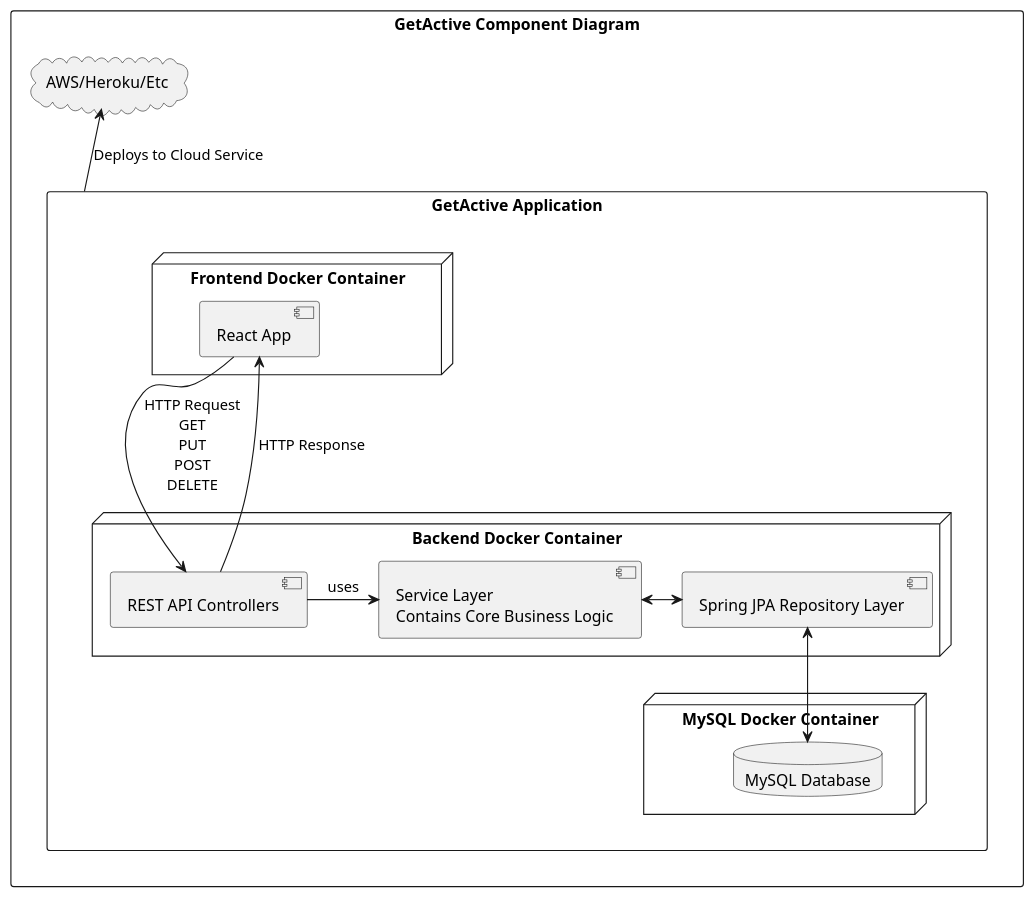
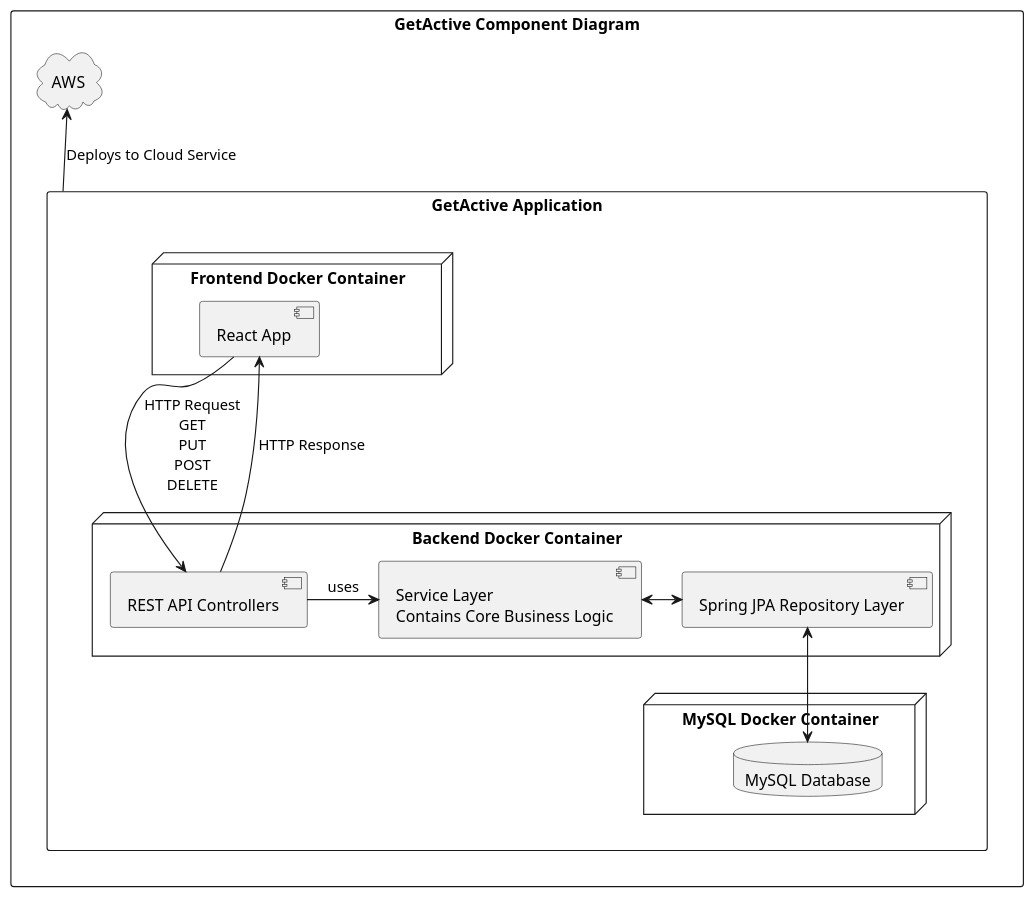
Before and after one commit to BUMETCS673/CS673OLSum25Team1: the diagram in misc/ApplicationComponentDiagram.puml, drawn with PlantUML. The commit also changed 7 other files, not shown here.

```diff
--- a/misc/ApplicationComponentDiagram.puml
+++ b/misc/ApplicationComponentDiagram.puml
@@ -1,29 +1,29 @@
 @startuml
 rectangle "GetActive Component Diagram" {
     rectangle "GetActive Application" as APPLICATION {
         node "Backend Docker Container" {
             [REST API Controllers] as BACKEND_API
             [Service Layer\nContains Core Business Logic] as BACKEND_SERVICE
             [Spring JPA Repository Layer] as BACKEND_DATA
         }
         [BACKEND_API] -r-> [BACKEND_SERVICE] : uses
         [BACKEND_SERVICE] <-r-> [BACKEND_DATA]
 
         node "MySQL Docker Container" {
             database "MySQL Database" {
             }
         }
         [BACKEND_DATA] <-d-> [MySQL Database]
 
         node "Frontend Docker Container" {
            [React App]
         }
 
         [React App] -d-> [BACKEND_API]: HTTP Request\nGET\nPUT\nPOST\nDELETE
         [React App] <-d- [BACKEND_API]: HTTP Response
     }
-    cloud "AWS/Heroku/Etc" as CLOUD {
+    cloud "AWS" as CLOUD {
     }
 }
 [APPLICATION] -u-> [CLOUD]: Deploys to Cloud Service
 @enduml
```
